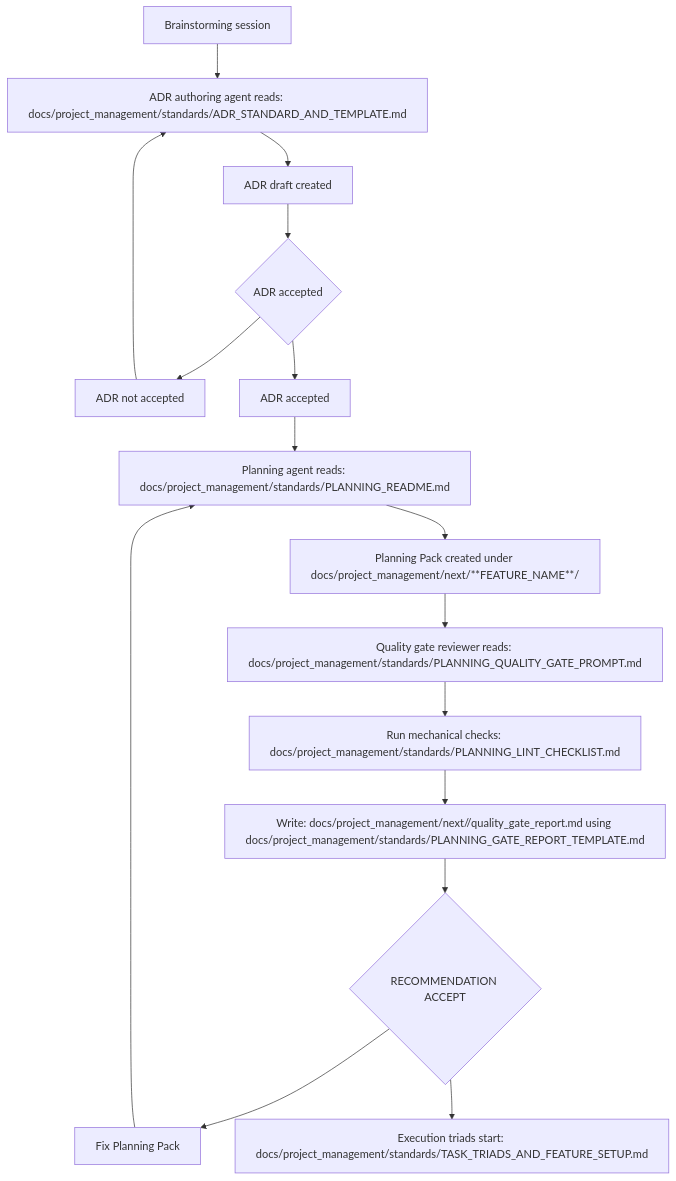
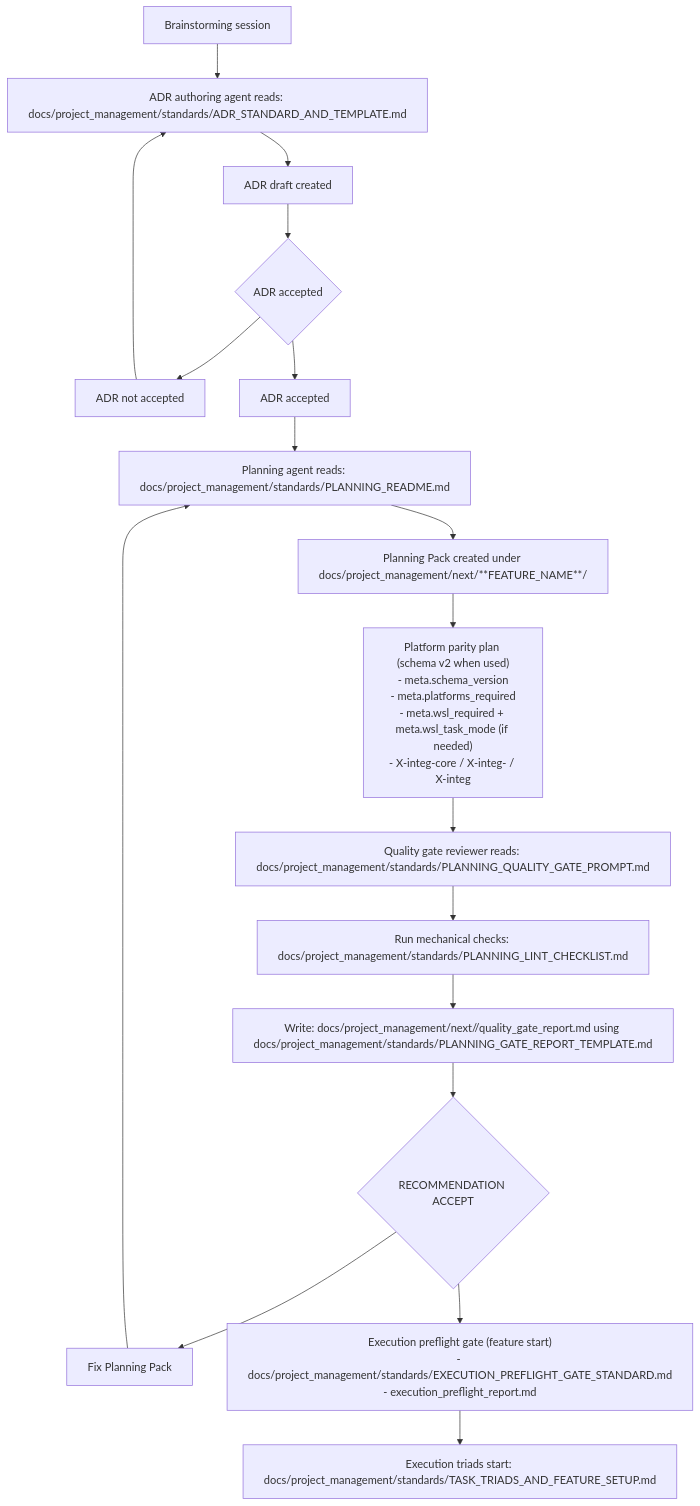
One commit to atomize-hq/substrate changed the diagram in docs/project_management/standards/PLANNING_WORKFLOW_OVERVIEW.md. Above: the diagram before and after it, drawn with Mermaid. The commit also changed other lines of this file and 385 other files, not shown here.

````diff
--- a/docs/project_management/standards/PLANNING_WORKFLOW_OVERVIEW.md
+++ b/docs/project_management/standards/PLANNING_WORKFLOW_OVERVIEW.md
@@ -9,36 +12,39 @@
 ```mermaid
 flowchart TD
   A[Brainstorming session]
   B["ADR authoring agent reads: docs/project_management/standards/ADR_STANDARD_AND_TEMPLATE.md"]
   C[ADR draft created]
   D{ADR accepted}
   D_NO[ADR not accepted]
   D_YES[ADR accepted]
 
   P["Planning agent reads: docs/project_management/standards/PLANNING_README.md"]
   PACK[Planning Pack created under docs/project_management/next/**FEATURE_NAME**/]
+  PP["Platform parity plan (schema v2 when used)\n- meta.schema_version\n- meta.platforms_required\n- meta.wsl_required + meta.wsl_task_mode (if needed)\n- X-integ-core / X-integ-<platform> / X-integ"]
 
   Q["Quality gate reviewer reads: docs/project_management/standards/PLANNING_QUALITY_GATE_PROMPT.md"]
   LINT["Run mechanical checks: docs/project_management/standards/PLANNING_LINT_CHECKLIST.md"]
   REPORT["Write: docs/project_management/next/<feature>/quality_gate_report.md using docs/project_management/standards/PLANNING_GATE_REPORT_TEMPLATE.md"]
   GATE{RECOMMENDATION ACCEPT}
   GATE_NO[Fix Planning Pack]
+  PREFLIGHT["Execution preflight gate (feature start)\n- docs/project_management/standards/EXECUTION_PREFLIGHT_GATE_STANDARD.md\n- execution_preflight_report.md"]
   GATE_YES["Execution triads start: docs/project_management/standards/TASK_TRIADS_AND_FEATURE_SETUP.md"]
 
   A --> B
   B --> C
   C --> D
   D --> D_NO
   D --> D_YES
   D_NO --> B
 
   D_YES --> P
   P --> PACK
-  PACK --> Q
+  PACK --> PP
+  PP --> Q
   Q --> LINT
   LINT --> REPORT
   REPORT --> GATE
   GATE --> GATE_NO
-  GATE --> GATE_YES
+  GATE --> PREFLIGHT --> GATE_YES
   GATE_NO --> P
 ```
````
